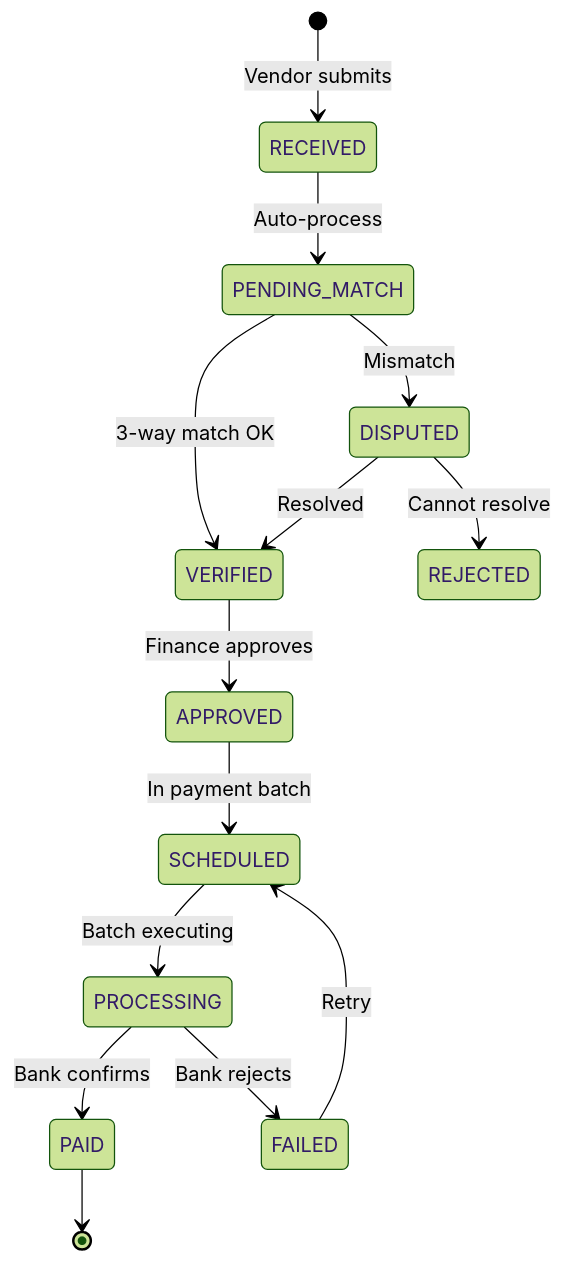
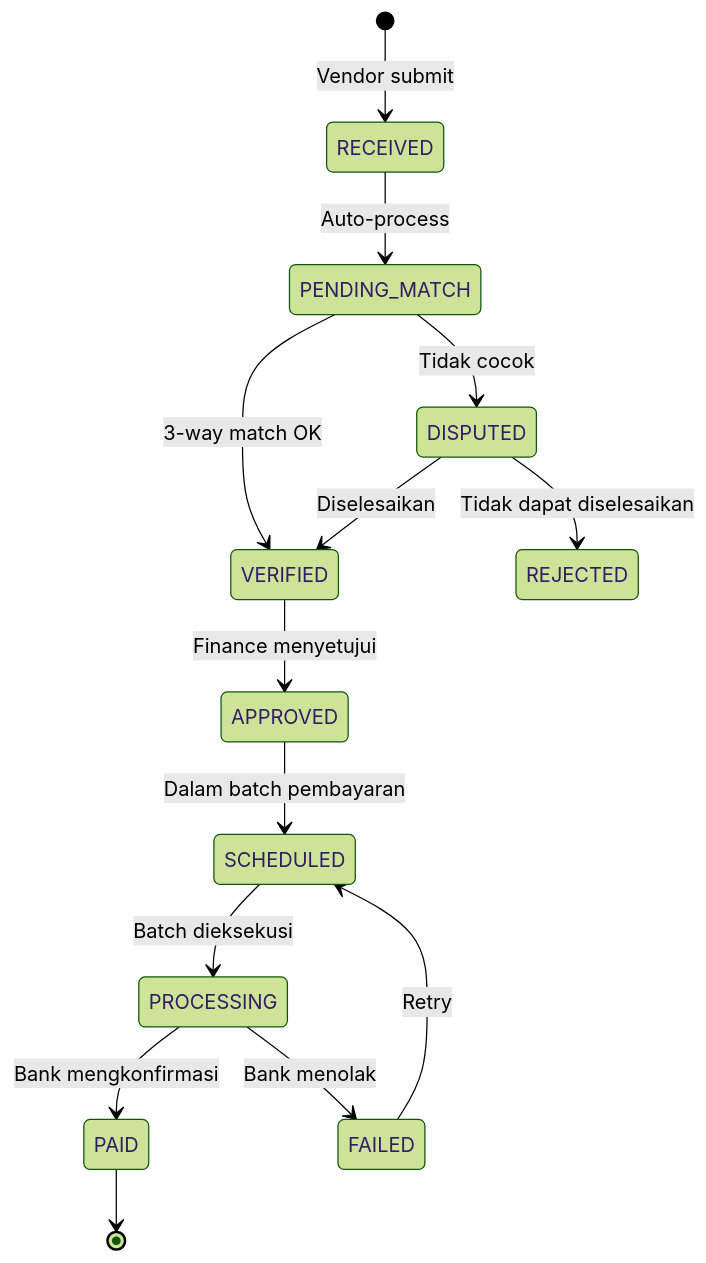
Before and after one commit to Vencore-erp/documentation: diagram 13 of 13 in system_design/BUSINESS_PROCESS_MODEL.md, drawn with Mermaid (forest theme). The commit also changed other lines of this file and 16 other files, not shown here.

````diff
--- a/system_design/BUSINESS_PROCESS_MODEL.md
+++ b/system_design/BUSINESS_PROCESS_MODEL.md
@@ -526,16 +526,16 @@
 ```mermaid
 stateDiagram-v2
-    [*] --> RECEIVED: Vendor submits
+    [*] --> RECEIVED: Vendor submit
     RECEIVED --> PENDING_MATCH: Auto-process
     PENDING_MATCH --> VERIFIED: 3-way match OK
-    PENDING_MATCH --> DISPUTED: Mismatch
-    DISPUTED --> VERIFIED: Resolved
-    DISPUTED --> REJECTED: Cannot resolve
-    VERIFIED --> APPROVED: Finance approves
-    APPROVED --> SCHEDULED: In payment batch
-    SCHEDULED --> PROCESSING: Batch executing
-    PROCESSING --> PAID: Bank confirms
-    PROCESSING --> FAILED: Bank rejects
+    PENDING_MATCH --> DISPUTED: Tidak cocok
+    DISPUTED --> VERIFIED: Diselesaikan
+    DISPUTED --> REJECTED: Tidak dapat diselesaikan
+    VERIFIED --> APPROVED: Finance menyetujui
+    APPROVED --> SCHEDULED: Dalam batch pembayaran
+    SCHEDULED --> PROCESSING: Batch dieksekusi
+    PROCESSING --> PAID: Bank mengkonfirmasi
+    PROCESSING --> FAILED: Bank menolak
     FAILED --> SCHEDULED: Retry
     PAID --> [*]
 ```
````
